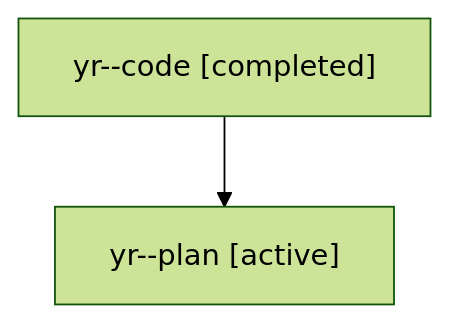
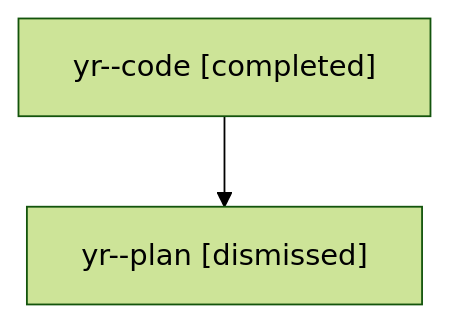
Before and after one commit to sase-org/sase--agents: the diagram in sessions/bbugyi200.athena.yr.md, drawn with Mermaid (forest theme). The commit also changed other lines of this file and 18 other files, not shown here.

````diff
--- a/sessions/bbugyi200.athena.yr.md
+++ b/sessions/bbugyi200.athena.yr.md
@@ -9,6 +9,6 @@
 ```mermaid
 flowchart TD
   n0["yr--code [completed]"]
-  n1["yr--plan [active]"]
+  n1["yr--plan [dismissed]"]
   n0 --> n1
 ```
````
